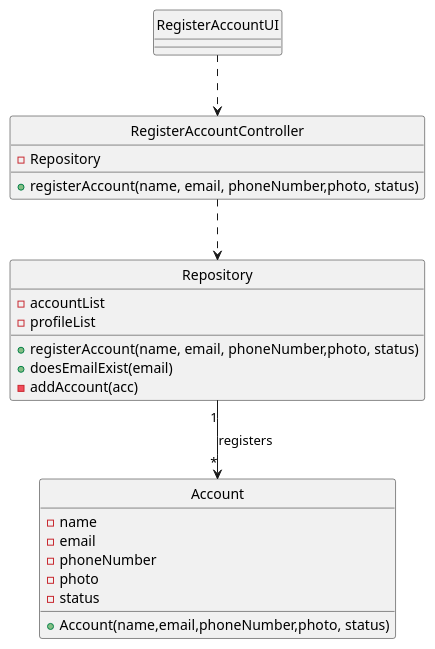
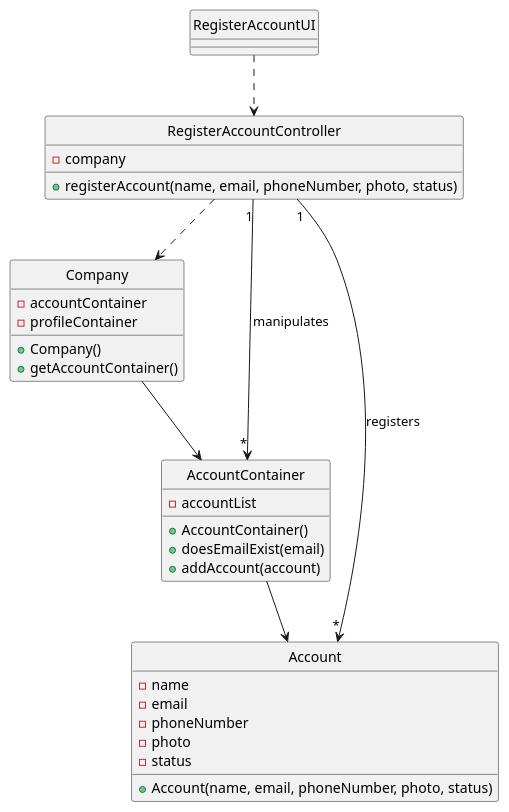
One commit to Loracline/project_switch_22-23 changed the diagram in docs/modelling_design/user_stories/us002/US002_Class_Diagram.puml. Above: the diagram before and after it, drawn with PlantUML.

Commit message:
US002: Class Diagram update

```diff
--- a/docs/modelling_design/user_stories/us002/US002_Class_Diagram.puml
+++ b/docs/modelling_design/user_stories/us002/US002_Class_Diagram.puml
@@ -1,38 +1,39 @@
 @startuml
-'https://plantuml.com/class-diagram
-
 class "RegisterAccountUI"{
 }
-
 class "RegisterAccountController" {
-+registerAccount(name, email, phoneNumber,photo, status)
--Repository
+-company
++registerAccount(name, email, phoneNumber, photo, status)
 }
-
-class "Repository" {
-+registerAccount(name, email, phoneNumber,photo, status)
+class "Company" {
+-accountContainer
+-profileContainer
++Company()
++getAccountContainer()
+}
+class "AccountContainer"{
+-accountList
++AccountContainer()
 +doesEmailExist(email)
--accountList
--profileList
--addAccount(acc)
++addAccount(account)
 }
-
 class "Account" {
 -name
 -email
 -phoneNumber
 -photo
 -status
-+Account(name,email,phoneNumber,photo, status)
++Account(name, email, phoneNumber, photo, status)
 }
-
 hide "Account" circle
 hide "RegisterAccountController" circle
 hide "RegisterAccountUI" circle
-hide "Repository" circle
-
+hide "Company" circle
+hide "AccountContainer" circle
 "RegisterAccountUI" ..>  "RegisterAccountController"
-"RegisterAccountController" ..>  "Repository"
-"Repository" "1" --> "*" "Account": registers
-
+"RegisterAccountController" ..>  "Company"
+"Company" --> "AccountContainer"
+"AccountContainer" --> "Account"
+"RegisterAccountController" "1" --> "*" "Account": registers
+"RegisterAccountController" "1" --> "*" "AccountContainer": manipulates
 @enduml
```
